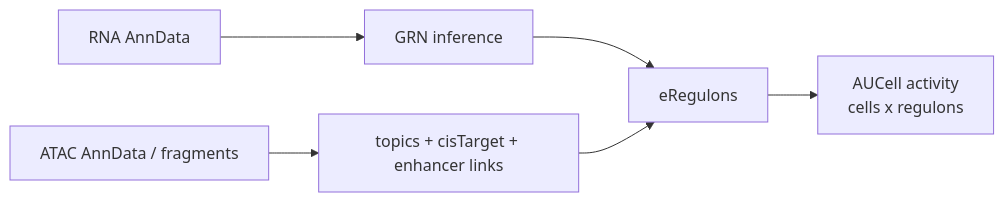
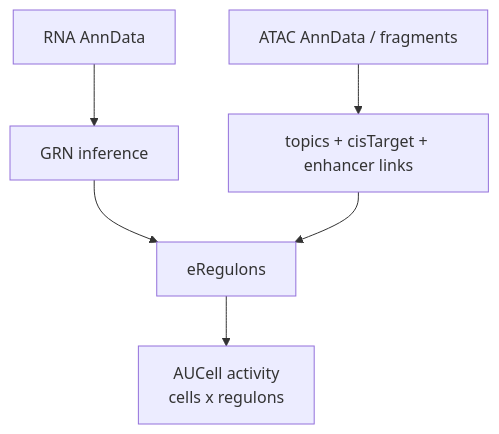
One commit to lmVl12/rustscenic changed the diagram in README.md. Above: the diagram before and after it, drawn with Mermaid. The commit also changed other lines of this file, not shown here.

Commit message:
docs: tighten README audit findings

````diff
--- a/README.md
+++ b/README.md
@@ -18,15 +18,8 @@
 ```mermaid
-flowchart LR
-    rna["RNA AnnData"]
-    atac["ATAC AnnData / fragments"]
-    grn["GRN inference"]
-    chrom["topics + cisTarget + enhancer links"]
-    ereg["eRegulons"]
-    auc["AUCell activity<br/>cells x regulons"]
-
-    rna --> grn
-    atac --> chrom
-    grn --> ereg
+flowchart TB
+    rna["RNA AnnData"] --> grn["GRN inference"]
+    atac["ATAC AnnData / fragments"] --> chrom["topics + cisTarget + enhancer links"]
+    grn --> ereg["eRegulons"]
     chrom --> ereg
-    ereg --> auc
+    ereg --> auc["AUCell activity<br/>cells x regulons"]
 ```
````
